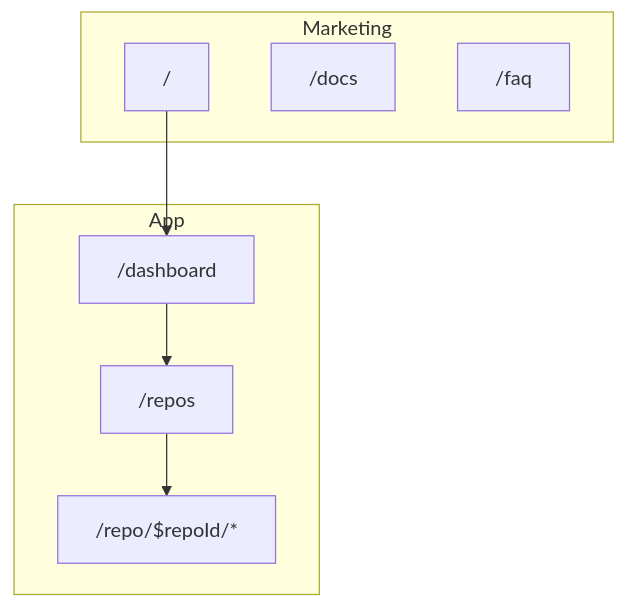
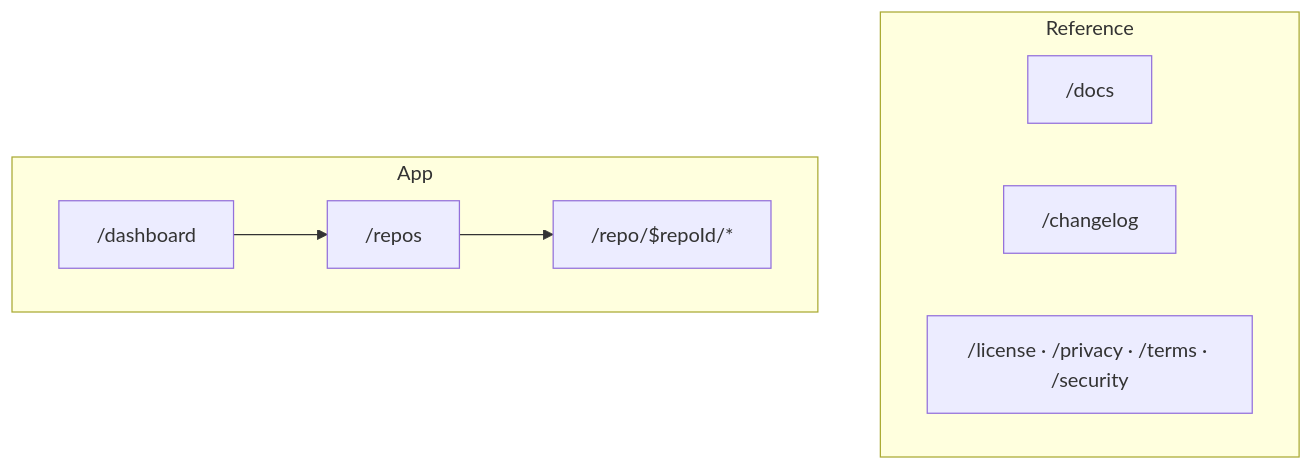
The third of 10 diagrams in docs/FULL_DOCUMENTATION.md (g0GobliN/launchreadyy), drawn with Mermaid before and after one commit. The commit also changed other lines of this file and 6 other files, not shown here.

````diff
--- a/docs/FULL_DOCUMENTATION.md
+++ b/docs/FULL_DOCUMENTATION.md
@@ -161,14 +162,14 @@
 ```mermaid
 flowchart TB
-  subgraph Marketing
-    Home["/"]
+  subgraph Reference
     DocsUI["/docs"]
-    Faq["/faq"]
+    ChangelogUI["/changelog"]
+    Legal["/license · /privacy · /terms · /security"]
   end
   subgraph App
     Dash["/dashboard"]
     Repos["/repos"]
     Repo["/repo/$repoId/*"]
   end
-  Home --> Dash --> Repos --> Repo
+  Dash --> Repos --> Repo
 ```
````
